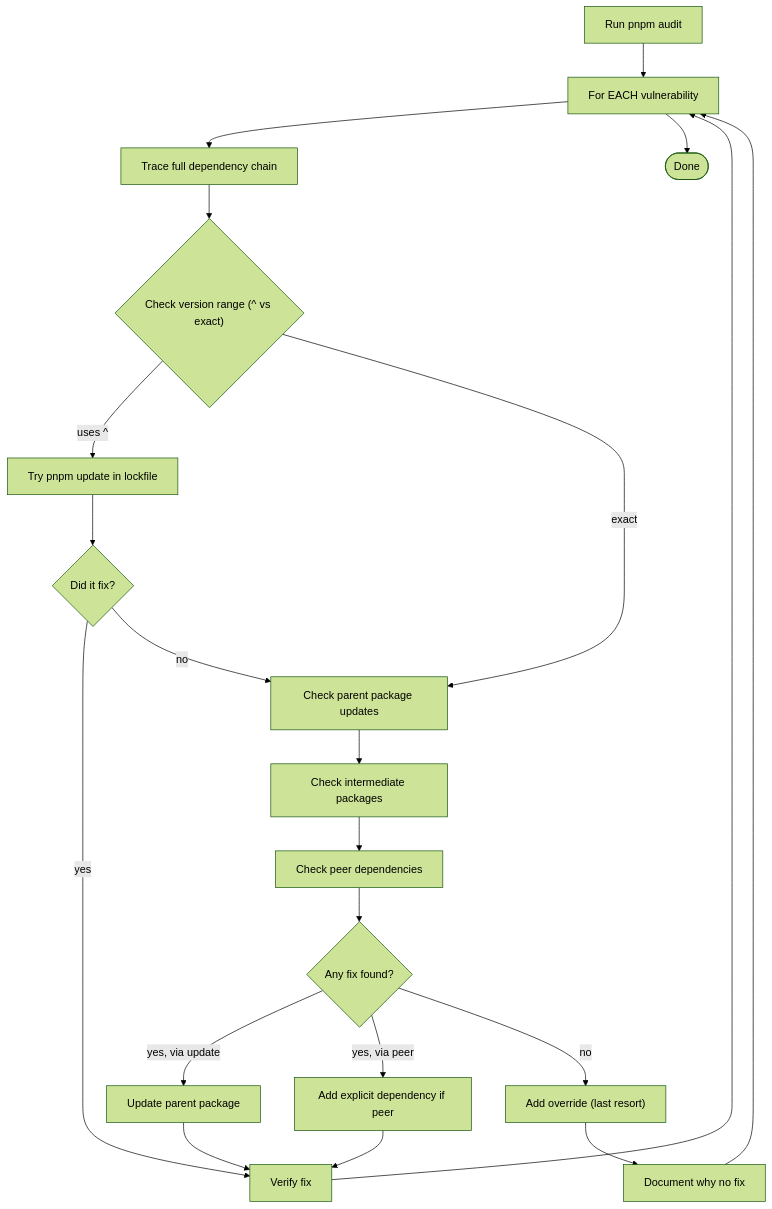
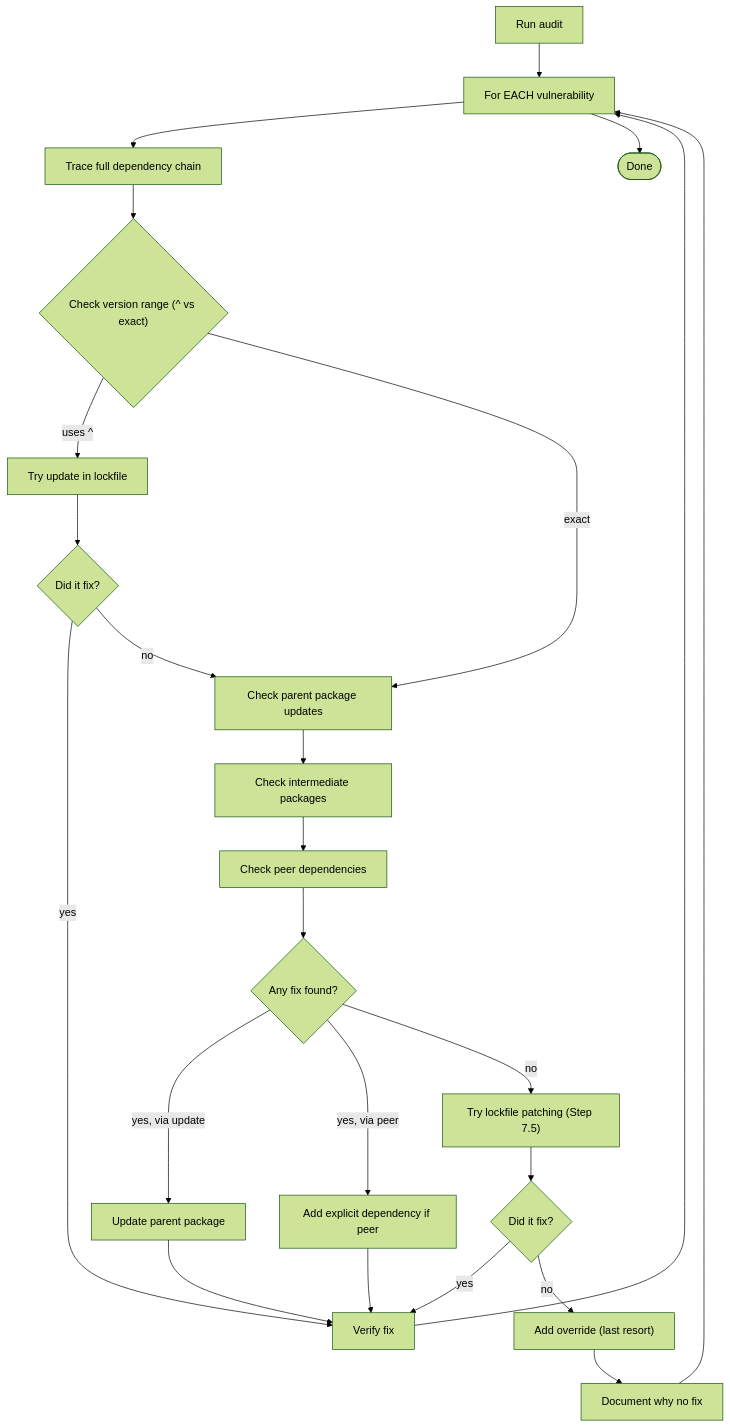
Before and after one commit to UiPath/apollo-ui: the diagram in .claude/skills/fix-security-vulnerabilities/SKILL.md, drawn with Mermaid (forest theme). The commit also changed other lines of this file and 1 other file, not shown here.

````diff
--- a/.claude/skills/fix-security-vulnerabilities/SKILL.md
+++ b/.claude/skills/fix-security-vulnerabilities/SKILL.md
@@ -31,23 +31,26 @@
 ```mermaid
 flowchart TD
-    A["Run pnpm audit"] --> B["For EACH vulnerability"]
+    A["Run audit"] --> B["For EACH vulnerability"]
     B --> C["Trace full dependency chain"]
     C --> D{"Check version range (^ vs exact)"}
-    D -- "uses ^" --> E["Try pnpm update in lockfile"]
+    D -- "uses ^" --> E["Try update in lockfile"]
     D -- "exact" --> F["Check parent package updates"]
     E --> G{"Did it fix?"}
     G -- "yes" --> H["Verify fix"]
     G -- "no" --> F
     F --> I["Check intermediate packages"]
     I --> J["Check peer dependencies"]
     J --> K{"Any fix found?"}
     K -- "yes, via update" --> L["Update parent package"]
     K -- "yes, via peer" --> M["Add explicit dependency if peer"]
-    K -- "no" --> N["Add override (last resort)"]
+    K -- "no" --> N["Try lockfile patching (Step 7.5)"]
     L --> H
     M --> H
+    N --> Q{"Did it fix?"}
+    Q -- "yes" --> H
+    Q -- "no" --> R["Add override (last resort)"]
     H --> B
-    N --> O["Document why no fix"]
-    O --> B
-    B --> P(["Done"])
+    R --> S["Document why no fix"]
+    S --> B
+    B --> T(["Done"])
 ```
````
